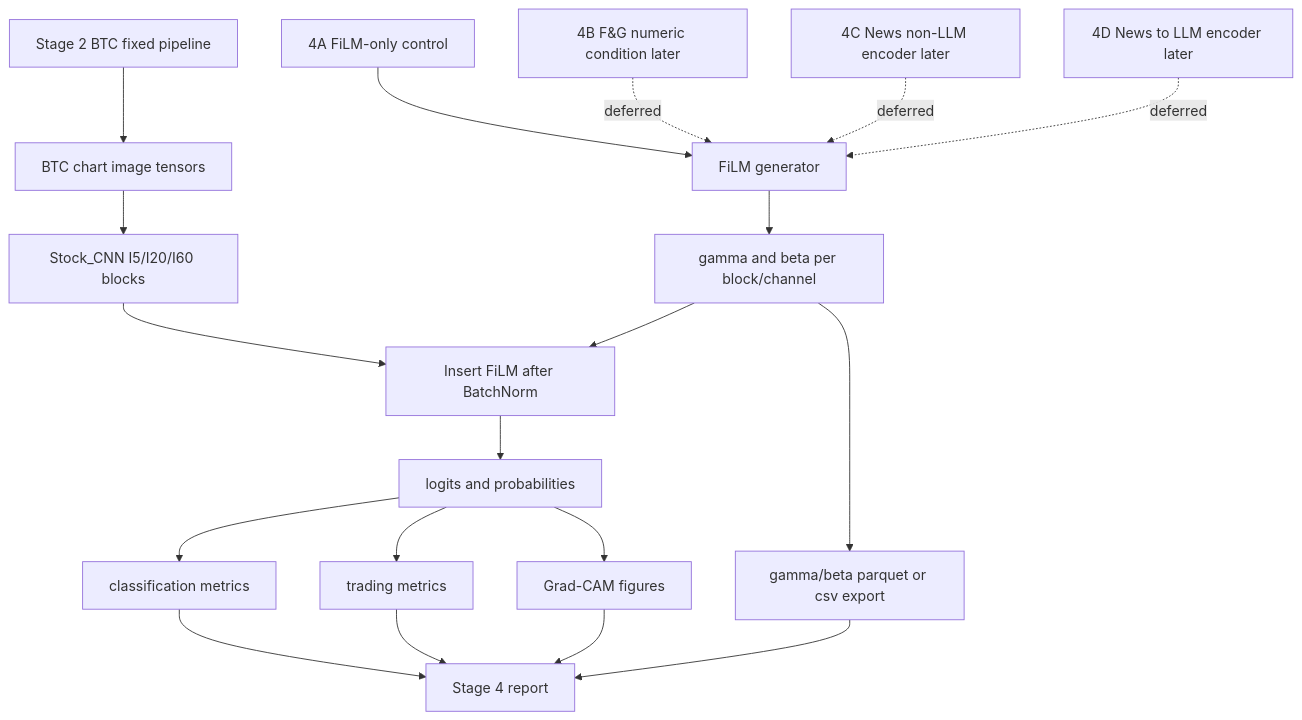
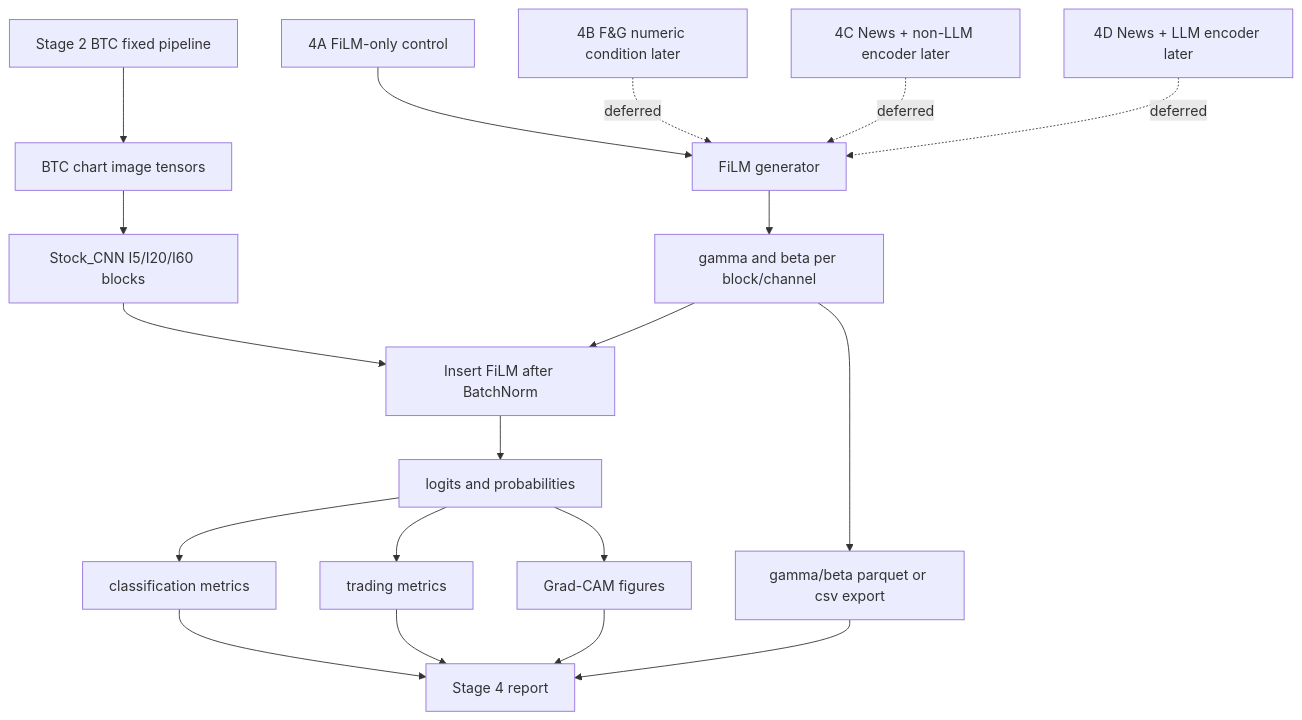
The first of 2 diagrams in stage4_film_conditioning/workflow_diagram.md (Jaehyeon-Jeong/Thesis), drawn with Mermaid before and after one commit. The commit also changed other lines of this file and 8 other files, not shown here.

````diff
--- a/stage4_film_conditioning/workflow_diagram.md
+++ b/stage4_film_conditioning/workflow_diagram.md
@@ -5,23 +5,23 @@
 ```mermaid
 flowchart TD
     A[Stage 2 BTC fixed pipeline] --> B[BTC chart image tensors]
     B --> C[Stock_CNN I5/I20/I60 blocks]
     C --> D[Insert FiLM after BatchNorm]
 
     S0[4A FiLM-only control] --> G[FiLM generator]
     S1[4B F&G numeric condition later] -. deferred .-> G
-    S2[4C News non-LLM encoder later] -. deferred .-> G
-    S3[4D News to LLM encoder later] -. deferred .-> G
+    S2[4C News + non-LLM encoder later] -. deferred .-> G
+    S3[4D News + LLM encoder later] -. deferred .-> G
 
     G --> H[gamma and beta per block/channel]
     H --> D
     D --> I[logits and probabilities]
     I --> J[classification metrics]
     I --> K[trading metrics]
     I --> L[Grad-CAM figures]
     H --> M[gamma/beta parquet or csv export]
     J --> N[Stage 4 report]
     K --> N
     L --> N
     M --> N
 ```
````
